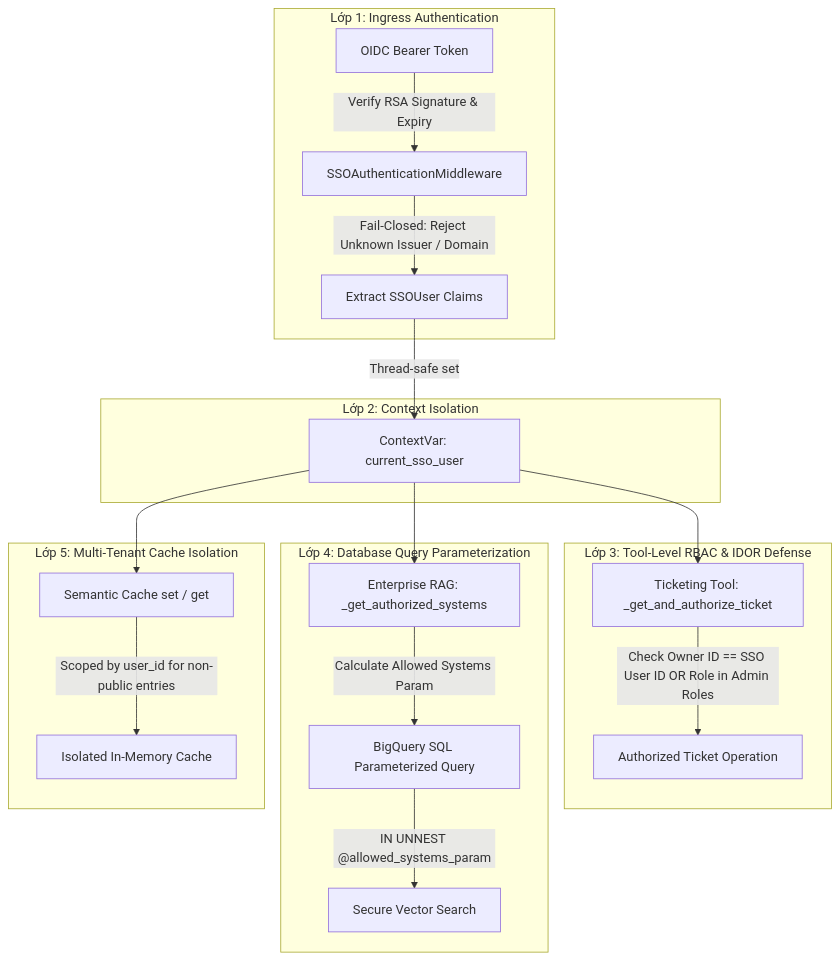
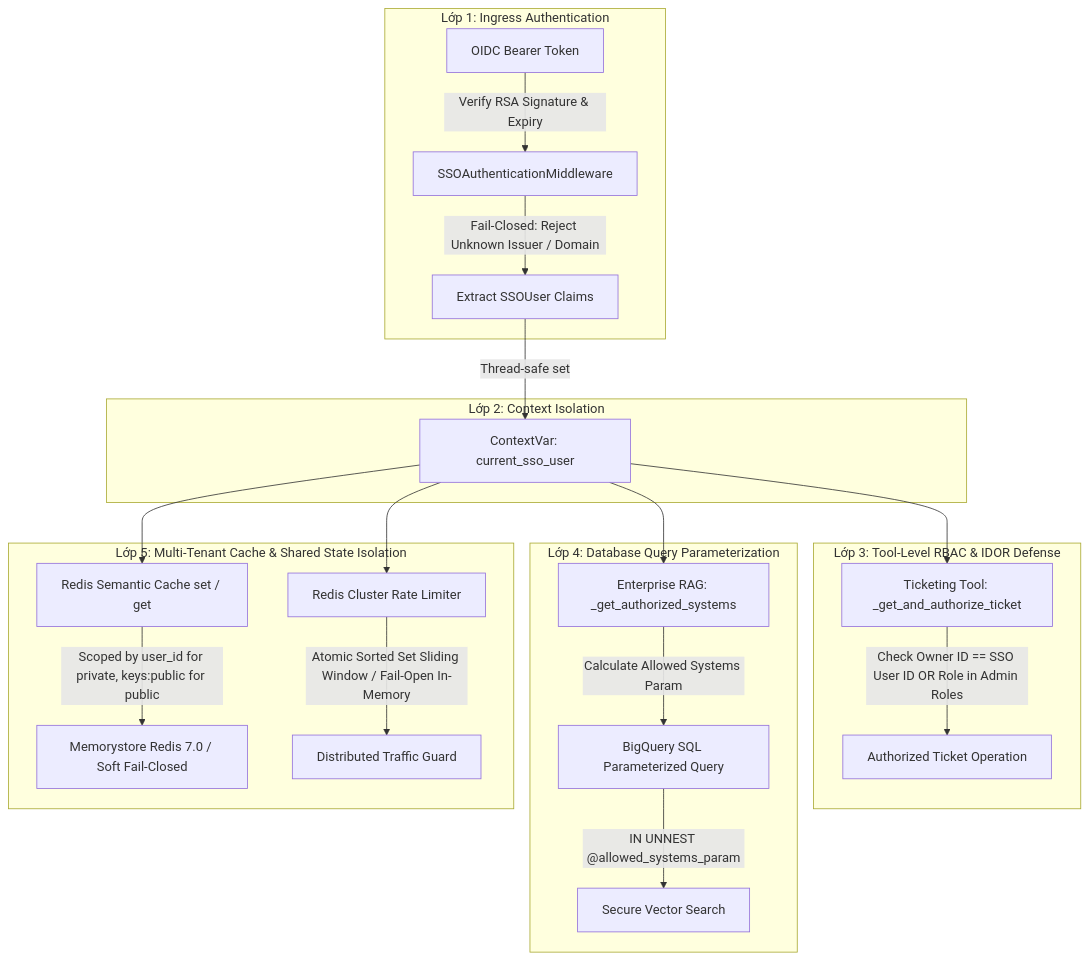
Before and after one commit to TrongDucLuu/enterprise-multi-agent-platform: the second of 7 diagrams in Technical_Specification.md, drawn with Mermaid. The commit also changed other lines of this file and 23 other files, not shown here.

Commit message:
update scaleability with Redis and bigquery schema

````diff
--- a/Technical_Specification.md
+++ b/Technical_Specification.md
@@ -125,27 +125,29 @@
 ```mermaid
 graph TD
     subgraph Layer1 ["Lớp 1: Ingress Authentication"]
         A[OIDC Bearer Token] -->|Verify RSA Signature & Expiry| B[SSOAuthenticationMiddleware]
         B -->|Fail-Closed: Reject Unknown Issuer / Domain| C[Extract SSOUser Claims]
     end
 
     subgraph Layer2 ["Lớp 2: Context Isolation"]
         C -->|Thread-safe set| D[ContextVar: current_sso_user]
     end
 
     subgraph Layer3 ["Lớp 3: Tool-Level RBAC & IDOR Defense"]
         D --> E[Ticketing Tool: _get_and_authorize_ticket]
         E -->|Check Owner ID == SSO User ID OR Role in Admin Roles| F[Authorized Ticket Operation]
     end
 
     subgraph Layer4 ["Lớp 4: Database Query Parameterization"]
         D --> G[Enterprise RAG: _get_authorized_systems]
         G -->|Calculate Allowed Systems Param| H[BigQuery SQL Parameterized Query]
         H -->|IN UNNEST @allowed_systems_param| I[Secure Vector Search]
     end
 
-    subgraph Layer5 ["Lớp 5: Multi-Tenant Cache Isolation"]
-        D --> J[Semantic Cache set / get]
-        J -->|Scoped by user_id for non-public entries| K[Isolated In-Memory Cache]
+    subgraph Layer5 ["Lớp 5: Multi-Tenant Cache & Shared State Isolation"]
+        D --> J[Redis Semantic Cache set / get]
+        J -->|Scoped by user_id for private, keys:public for public| K[Memorystore Redis 7.0 / Soft Fail-Closed]
+        D --> L[Redis Cluster Rate Limiter]
+        L -->|Atomic Sorted Set Sliding Window / Fail-Open In-Memory| M[Distributed Traffic Guard]
     end
 ```
````
